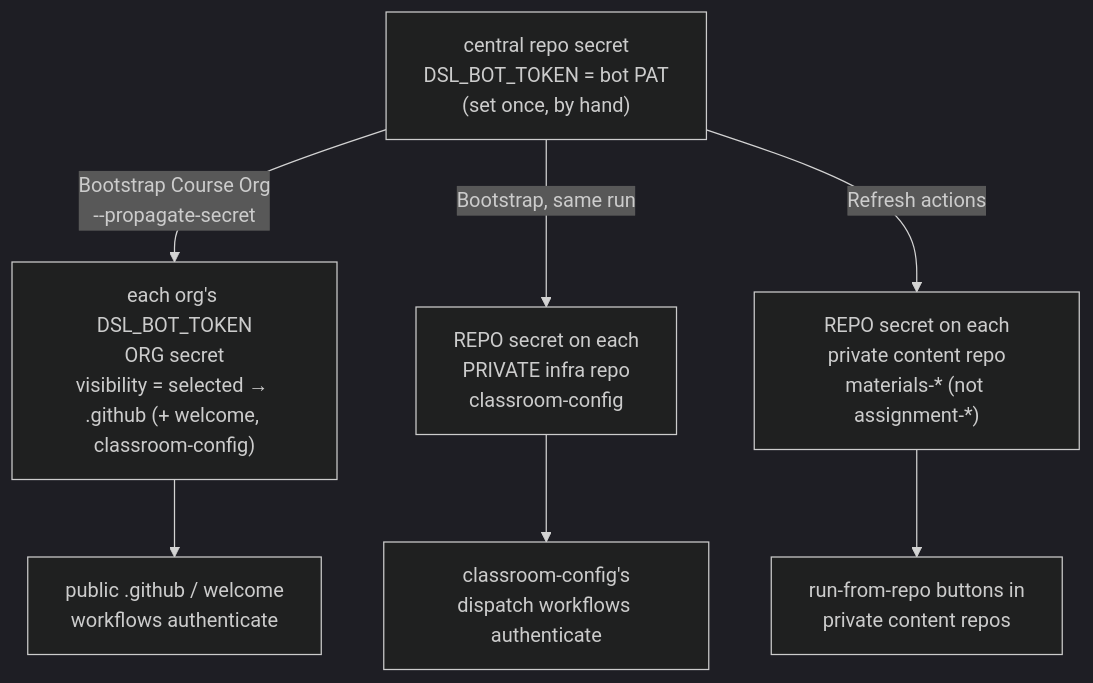
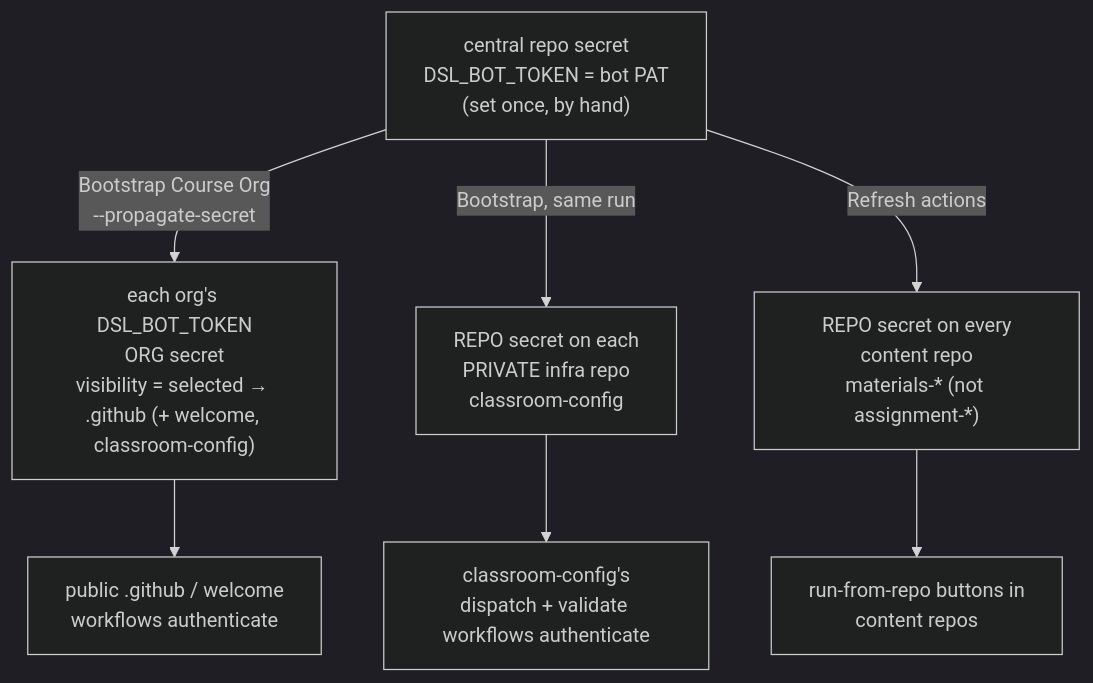
One commit to hertie-data-science-lab/dsl-teaching-course-setup changed the second of 10 diagrams in docs-admin-arch/architecture.md. Above: the diagram before and after it, drawn with Mermaid (dark theme). The commit also changed other lines of this file and 2 other files, not shown here.

First line of the commit message:
docs(admin-arch): sync architecture record with implemented system

````diff
--- a/docs-admin-arch/architecture.md
+++ b/docs-admin-arch/architecture.md
@@ -79,22 +89,22 @@
 ```mermaid
 flowchart TD
   src["`central repo secret
 DSL_BOT_TOKEN = bot PAT
 (set once, by hand)`"]
   src -->|"`Bootstrap Course Org
 --propagate-secret`"| orgsec["`each org's DSL_BOT_TOKEN
 ORG secret
 visibility = selected → .github (+ welcome, classroom-config)`"]
   src -->|"Bootstrap, same run"| infrasec["`REPO secret on each
 PRIVATE infra repo
 classroom-config`"]
-  src -->|"Refresh actions"| reposec["`REPO secret on each
-private content repo
+  src -->|"Refresh actions"| reposec["`REPO secret on every
+content repo
 materials-* (not assignment-*)`"]
   orgsec --> pub["`public .github / welcome
 workflows authenticate`"]
   infrasec --> disp["`classroom-config's
-dispatch workflows authenticate`"]
+dispatch + validate workflows authenticate`"]
   reposec --> priv["`run-from-repo buttons in
-private content repos`"]
+content repos`"]
 ```
````
